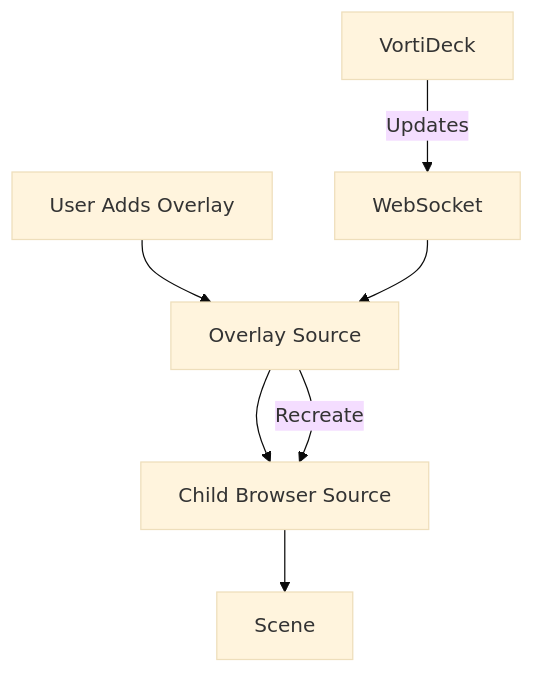
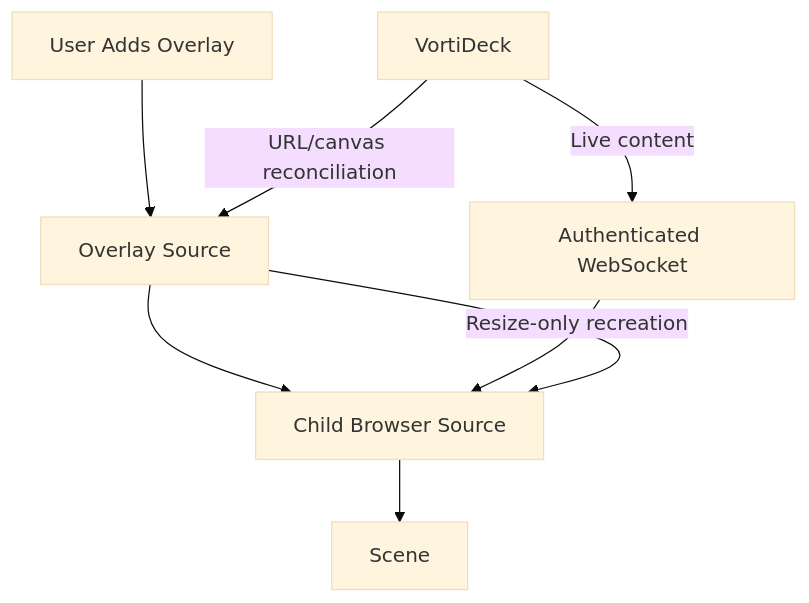
One commit to alexiokay/OBS-Custom-Websocket-Plugin changed the second of 2 diagrams in obs_plugin/docs/BANNERS_VS_OVERLAYS.md. Above: the diagram before and after it, drawn with Mermaid (base theme). The commit also changed other lines of this file and 4 other files, not shown here.

````diff
--- a/obs_plugin/docs/BANNERS_VS_OVERLAYS.md
+++ b/obs_plugin/docs/BANNERS_VS_OVERLAYS.md
@@ -99,10 +99,11 @@
 ```mermaid
 graph TB
     U[User Adds Overlay] --> OS[Overlay Source]
     OS --> BS[Child Browser Source]
     BS --> S[Scene]
     
-    VD[VortiDeck] --> |Updates| WS[WebSocket]
-    WS --> OS
-    OS --> |Recreate| BS
+    VD[VortiDeck] --> |Live content| WS[Authenticated WebSocket]
+    WS --> BS
+    VD --> |URL/canvas reconciliation| OS
+    OS --> |Resize-only recreation| BS
 ```
````
